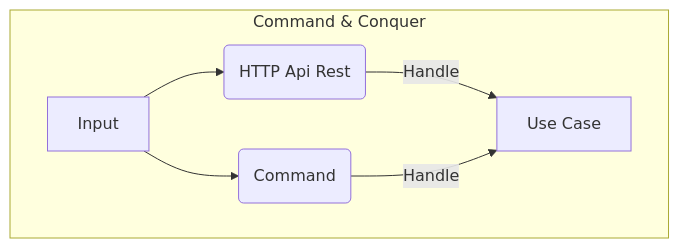
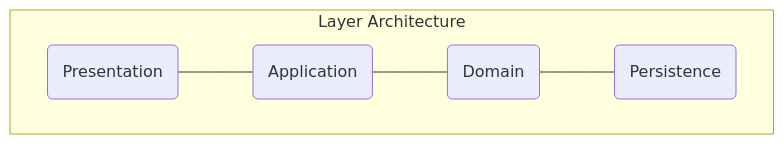
One commit to DigiChanges/nexp-refactoring-example changed the diagram in README.md. Above: the diagram before and after it, drawn with Mermaid. The commit also changed 5 other files, not shown here.

Commit message:
fix: add simple graph layer architecture

````diff
--- a/README.md
+++ b/README.md
@@ -30,9 +30,8 @@
 ```mermaid
 graph TB
-    subgraph Command & Conquer
-        A[Input] --> B(Command) 
-        A --> C(HTTP Api Rest)
-        C -->|Handle| D[Use Case]
-        B -->|Handle| D
+    subgraph Layer Architecture
+        A(Presentation) --- B(Application) 
+        B --- C(Domain)
+        C --- D(Persistence)
     end
 ```
````
